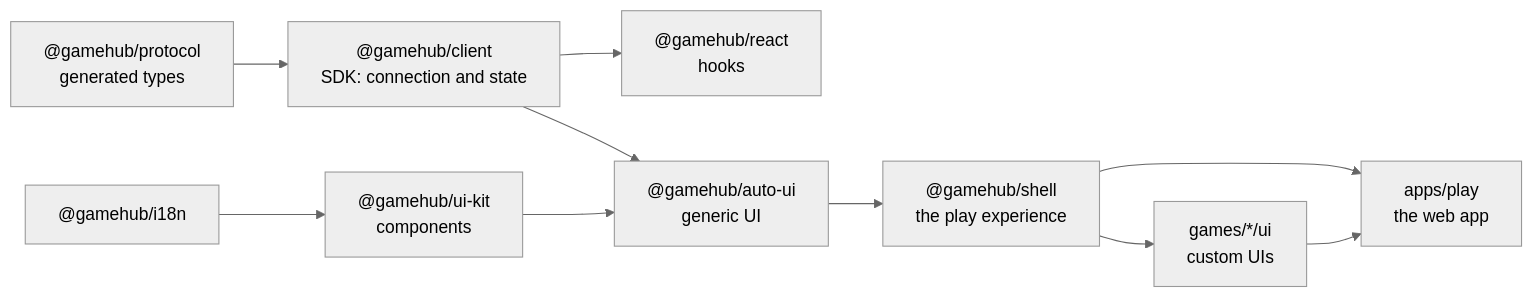
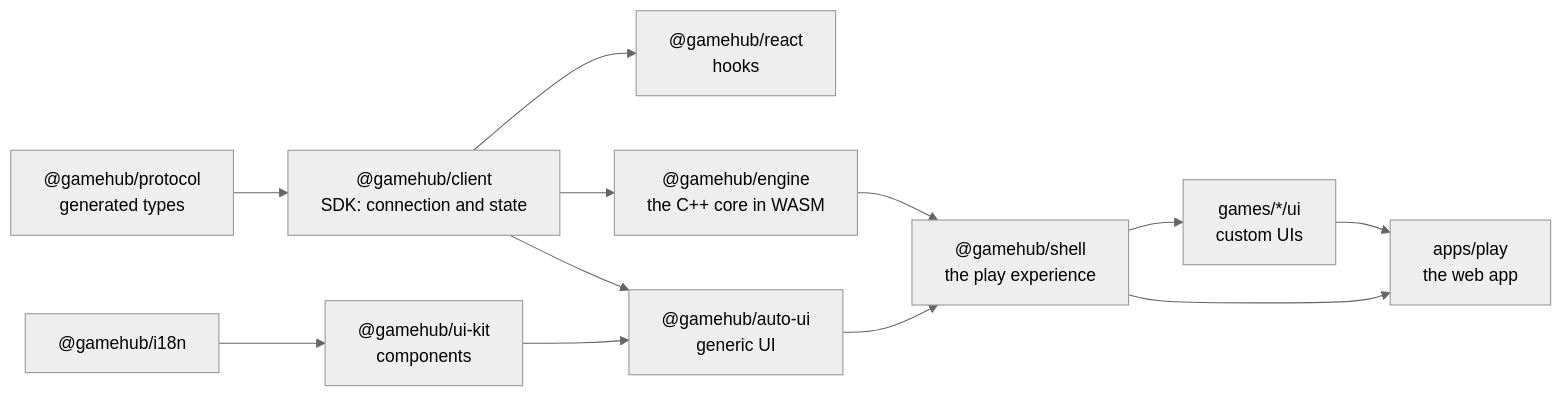
Before and after one commit to JuanMartinFajardo/GameHub: the diagram in docs/wiki/web-client.md, drawn with Mermaid (neutral theme). The commit also changed other lines of this file and 65 other files, not shown here.

````diff
--- a/docs/wiki/web-client.md
+++ b/docs/wiki/web-client.md
@@ -43,12 +45,14 @@
 ```mermaid
 flowchart LR
   protocol["@gamehub/protocol<br/>generated types"] --> client["@gamehub/client<br/>SDK: connection and state"]
   client --> react["@gamehub/react<br/>hooks"]
   i18n["@gamehub/i18n"] --> kit["@gamehub/ui-kit<br/>components"]
   kit --> auto["@gamehub/auto-ui<br/>generic UI"]
   client --> auto
   auto --> shell["@gamehub/shell<br/>the play experience"]
+  client --> engine["@gamehub/engine<br/>the C++ core in WASM"]
+  engine --> shell
   shell --> play["apps/play<br/>the web app"]
   shell --> uis["games/*/ui<br/>custom UIs"]
   uis --> play
 ```
````
